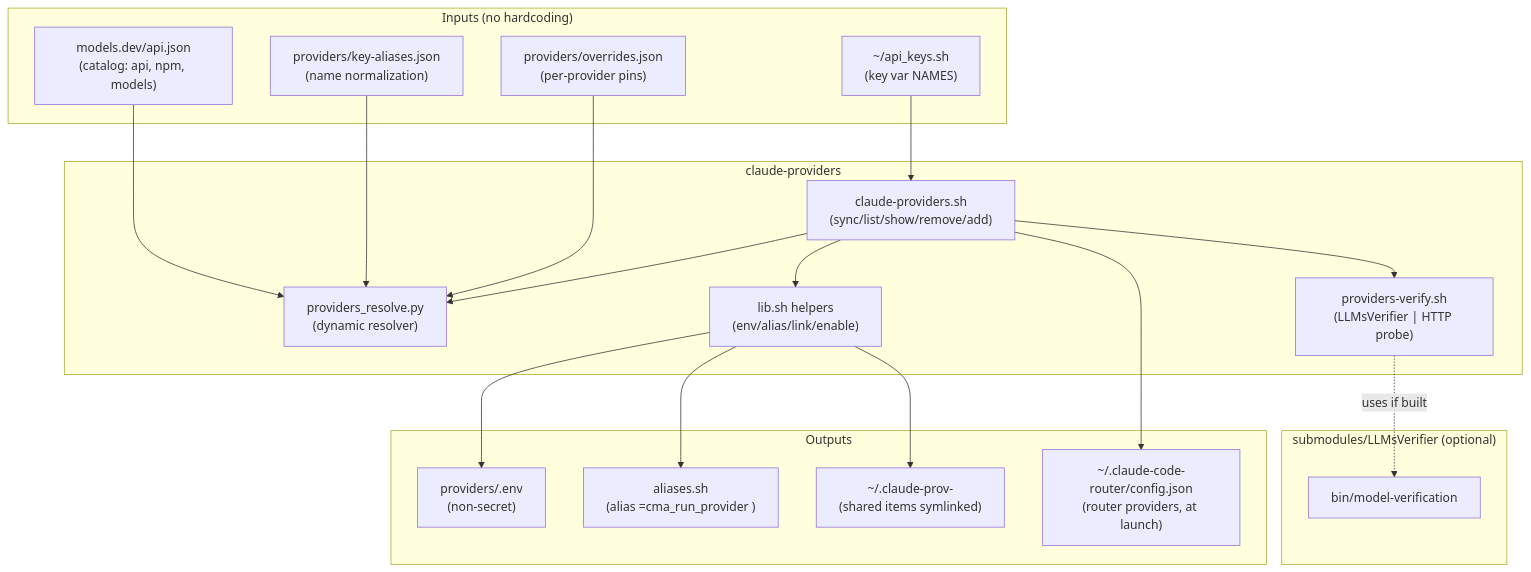
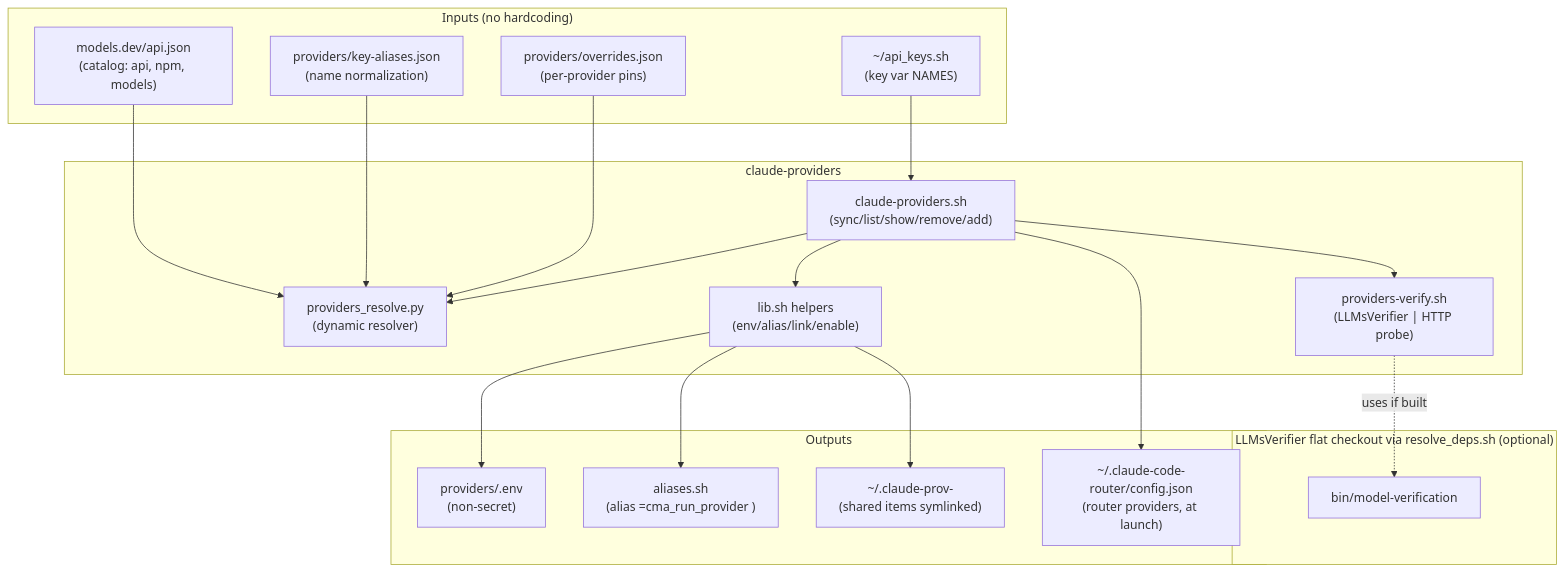
The first of 4 diagrams in docs/diagrams/provider-aliases.md (vasic-digital/claude_toolkit), drawn with Mermaid before and after one commit. The commit also changed 7 other files, not shown here.

First line of the commit message:
docs: drop current-tense nested-submodule wording for the router and LLMsVerifier

````diff
--- a/docs/diagrams/provider-aliases.md
+++ b/docs/diagrams/provider-aliases.md
@@ -8,40 +8,40 @@
 ```mermaid
 flowchart TB
   subgraph Inputs["Inputs (no hardcoding)"]
     KEYS["~/api_keys.sh\n(key var NAMES)"]
     MDEV["models.dev/api.json\n(catalog: api, npm, models)"]
     KA["providers/key-aliases.json\n(name normalization)"]
     OV["providers/overrides.json\n(per-provider pins)"]
   end
 
   subgraph Engine["claude-providers"]
     CP["claude-providers.sh\n(sync/list/show/remove/add)"]
     RES["providers_resolve.py\n(dynamic resolver)"]
     VER["providers-verify.sh\n(LLMsVerifier | HTTP probe)"]
     LIB["lib.sh helpers\n(env/alias/link/enable)"]
   end
 
-  subgraph Verifier["submodules/LLMsVerifier (optional)"]
+  subgraph Verifier["LLMsVerifier flat checkout via resolve_deps.sh (optional)"]
     BIN["bin/model-verification"]
   end
 
   subgraph Outputs
     ENV["providers/<id>.env\n(non-secret)"]
     ALIAS["aliases.sh\n(alias <name>=cma_run_provider <id>)"]
     DIR["~/.claude-prov-<id>\n(shared items symlinked)"]
     CCR["~/.claude-code-router/config.json\n(router providers, at launch)"]
   end
 
   KEYS --> CP
   MDEV --> RES
   KA --> RES
   OV --> RES
   CP --> RES
   CP --> VER
   VER -.uses if built.-> BIN
   CP --> LIB
   LIB --> ENV
   LIB --> ALIAS
   LIB --> DIR
   CP --> CCR
 ```
````
